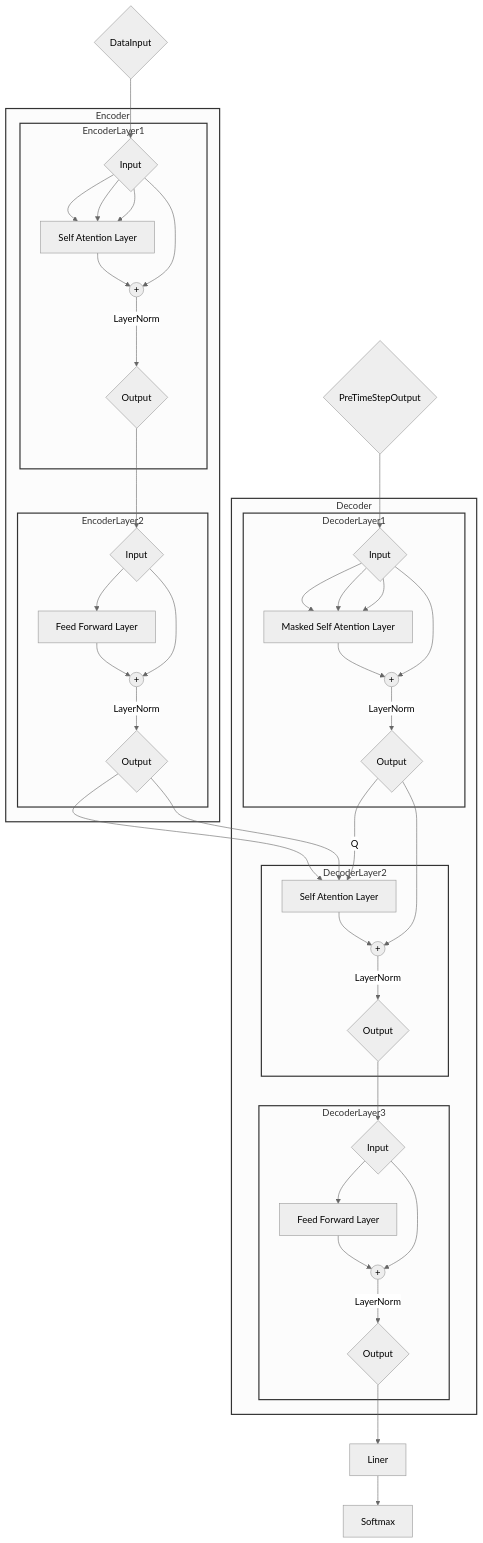
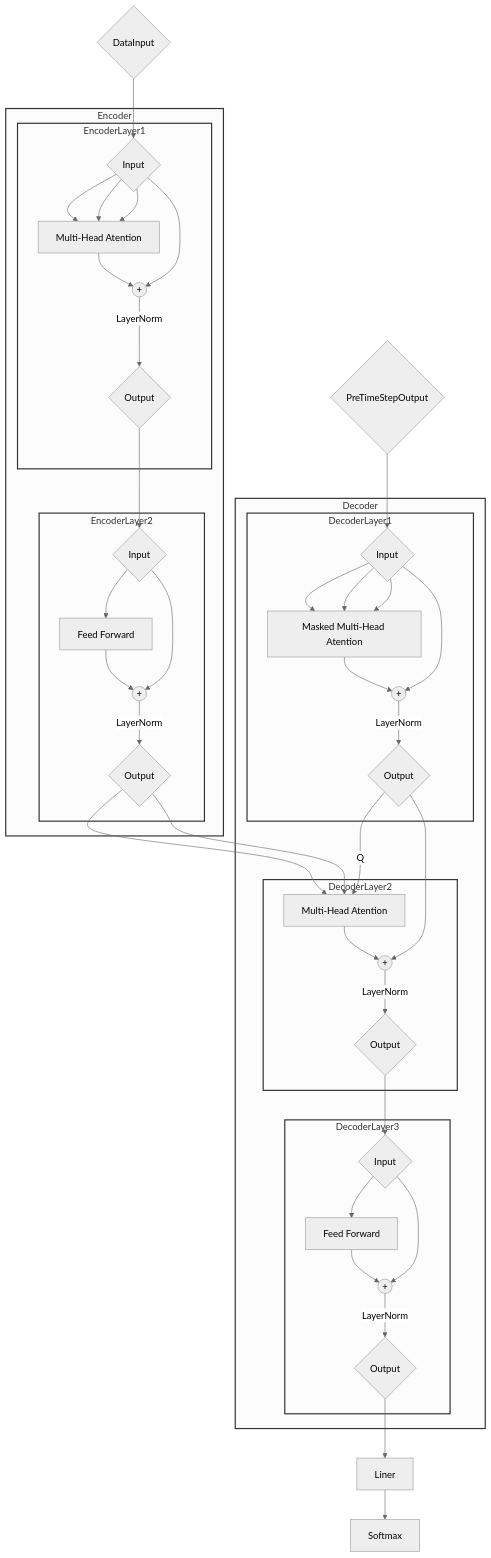
Before and after one commit to zhmhbest/HelloML: the first of 2 diagrams in docs/torch/attention.md, drawn with Mermaid (neutral theme). The commit also changed other lines of this file and 2 other files, not shown here.

````diff
--- a/docs/torch/attention.md
+++ b/docs/torch/attention.md
@@ -7,77 +7,77 @@
 ```mermaid
 graph TD;
     EncoderInput{DataInput} --> EncoderLayer1Input;
     DecoderInput{PreTimeStepOutput} --> DecoderLayer1Input;
 
     subgraph TheEncoder[Encoder]
         style TheEncoder stroke:#333,stroke-width:2px;
         subgraph EncoderLayer1
             style EncoderLayer1 stroke:#333,stroke-width:2px;
             EncoderLayer1Input{Input};
             EncoderLayer1Output{Output};
             EncoderLayer1Add((+));
-            EncoderLayer1Model[Self Atention Layer];
+            EncoderLayer1Model[Multi-Head Atention];
             EncoderLayer1Input --> EncoderLayer1Model;
             EncoderLayer1Input --> EncoderLayer1Model;
             EncoderLayer1Input --> EncoderLayer1Model;
             EncoderLayer1Model --> EncoderLayer1Add;
             EncoderLayer1Input --> EncoderLayer1Add -- LayerNorm --> EncoderLayer1Output;
         end
 
         subgraph EncoderLayer2
             style EncoderLayer2 stroke:#333,stroke-width:2px;
             EncoderLayer2Input{Input};
             EncoderLayer2Output{Output};
             EncoderLayer2Add((+));
-            EncoderLayer2Model[Feed Forward Layer];
+            EncoderLayer2Model[Feed Forward];
             EncoderLayer2Input --> EncoderLayer2Model --> EncoderLayer2Add;
             EncoderLayer2Input --> EncoderLayer2Add -- LayerNorm --> EncoderLayer2Output;
         end
 
         EncoderLayer1Output --> EncoderLayer2Input;
     end
 
     EncoderLayer2Output --> DecoderLayer2Model;
     EncoderLayer2Output --> DecoderLayer2Model;
 
     subgraph TheDecoder[Decoder]
         style TheDecoder stroke:#333,stroke-width:2px;
          subgraph DecoderLayer1
             style DecoderLayer1 stroke:#333,stroke-width:2px;
             DecoderLayer1Input{Input};
             DecoderLayer1Output{Output};
             DecoderLayer1Add((+));
-            DecoderLayer1Model[Masked Self Atention Layer];
+            DecoderLayer1Model[Masked Multi-Head Atention];
             DecoderLayer1Input --> DecoderLayer1Model;
             DecoderLayer1Input --> DecoderLayer1Model;
             DecoderLayer1Input --> DecoderLayer1Model;
             DecoderLayer1Model --> DecoderLayer1Add;
             DecoderLayer1Input --> DecoderLayer1Add -- LayerNorm --> DecoderLayer1Output;
         end
 
         DecoderLayer1Output --Q--> DecoderLayer2Model;
         DecoderLayer1Output --> DecoderLayer2Add;
 
         subgraph DecoderLayer2
             style DecoderLayer2 stroke:#333,stroke-width:2px;
             DecoderLayer2Output{Output};
             DecoderLayer2Add((+));
-            DecoderLayer2Model[Self Atention Layer];
+            DecoderLayer2Model[Multi-Head Atention];
             DecoderLayer2Model --> DecoderLayer2Add -- LayerNorm --> DecoderLayer2Output;
         end
 
         DecoderLayer2Output --> DecoderLayer3Input
 
         subgraph DecoderLayer3
             style DecoderLayer3 stroke:#333,stroke-width:2px;
             DecoderLayer3Input{Input};
             DecoderLayer3Output{Output};
             DecoderLayer3Add((+));
-            DecoderLayer3Model[Feed Forward Layer];
+            DecoderLayer3Model[Feed Forward];
             DecoderLayer3Input --> DecoderLayer3Model --> DecoderLayer3Add;
             DecoderLayer3Input --> DecoderLayer3Add -- LayerNorm --> DecoderLayer3Output;
         end
     end
 
     DecoderLayer3Output --> Liner --> Softmax;
 ```
````
